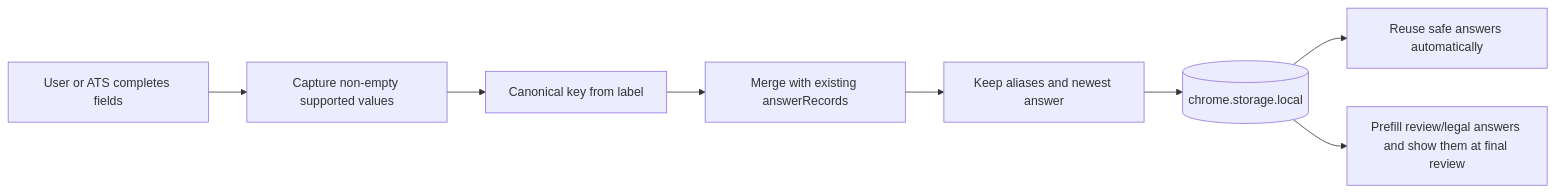
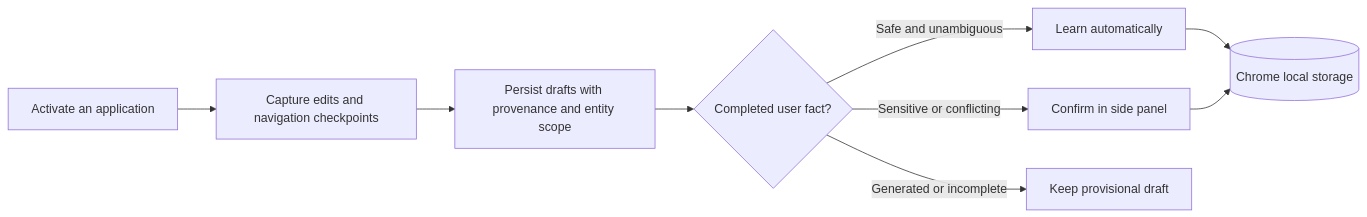
Before and after one commit to humandotlearning/job-application-autofill-extension: the third of 3 diagrams in README.md, drawn with Mermaid. The commit also changed other lines of this file and 32 other files, not shown here.

````diff
--- a/README.md
+++ b/README.md
@@ -65,10 +75,11 @@
 ```mermaid
 flowchart LR
-    A[User or ATS completes fields] --> B[Capture non-empty supported values]
-    B --> C[Canonical key from label]
-    C --> D[Merge with existing answerRecords]
-    D --> E[Keep aliases and newest answer]
-    E --> F[(chrome.storage.local)]
-    F --> G[Reuse safe answers automatically]
-    F --> H[Prefill review/legal answers and show them at final review]
+    A[Activate an application] --> B[Capture edits and navigation checkpoints]
+    B --> C[Persist drafts with provenance and entity scope]
+    C --> D{Completed user fact?}
+    D -->|Safe and unambiguous| E[Learn automatically]
+    D -->|Sensitive or conflicting| F[Confirm in side panel]
+    D -->|Generated or incomplete| G[Keep provisional draft]
+    E --> H[(Chrome local storage)]
+    F --> H
 ```
````
